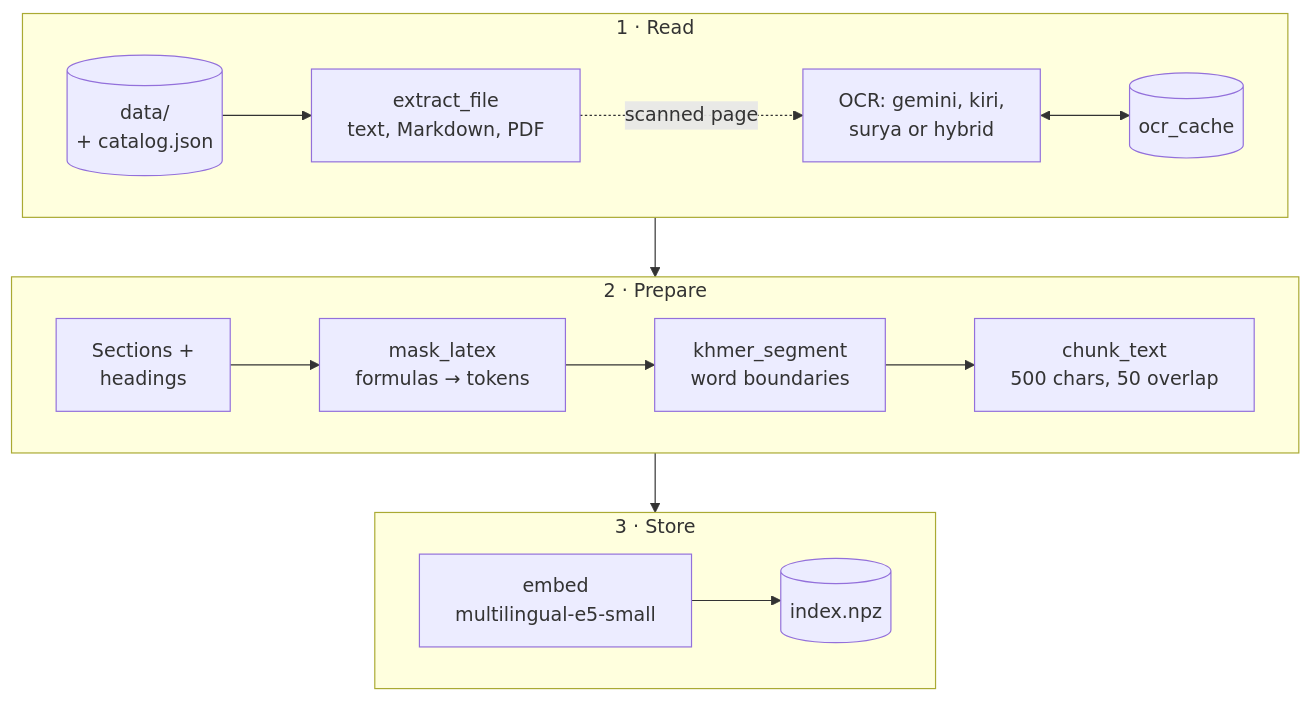
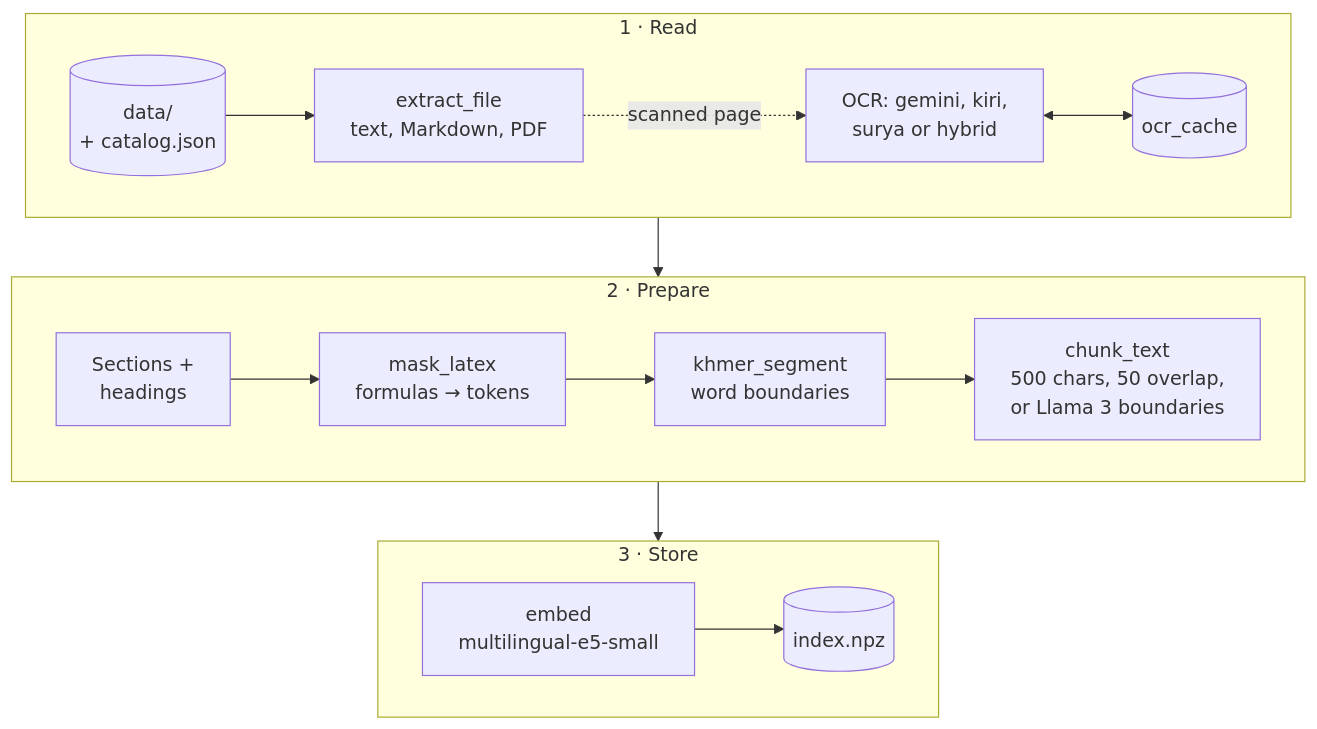
Before and after one commit to Sothonp/Bondus: the sixth of 6 diagrams in README.md, drawn with Mermaid. The commit also changed other lines of this file and 12 other files, not shown here.

First line of the commit message:
Chunk with a local Llama 3, and ingest only what changed

````diff
--- a/README.md
+++ b/README.md
@@ -196,20 +196,20 @@
 ```mermaid
 flowchart TB
     subgraph In["1 · Read"]
         direction LR
         D[("data/<br/>+ catalog.json")] --> X["extract_file<br/>text, Markdown, PDF"]
         X -. "scanned page" .-> O["OCR: gemini, kiri,<br/>surya or hybrid"]
         O <--> C[("ocr_cache")]
     end
     subgraph Prep["2 · Prepare"]
         direction LR
         H["Sections +<br/>headings"] --> L["mask_latex<br/>formulas → tokens"]
         L --> K["khmer_segment<br/>word boundaries"]
-        K --> CH["chunk_text<br/>500 chars, 50 overlap"]
+        K --> CH["chunk_text<br/>500 chars, 50 overlap,<br/>or Llama 3 boundaries"]
     end
     subgraph Out["3 · Store"]
         direction LR
         E["embed<br/>multilingual-e5-small"] --> V[("index.npz")]
     end
     In --> Prep --> Out
 ```
````
